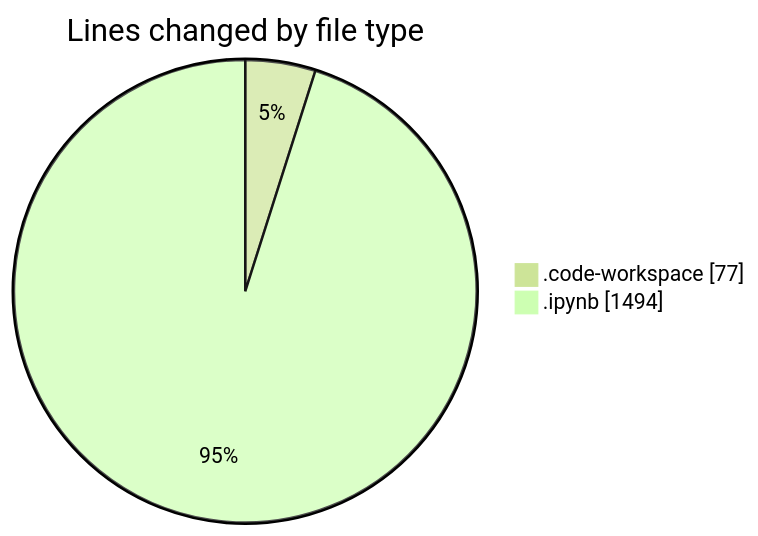
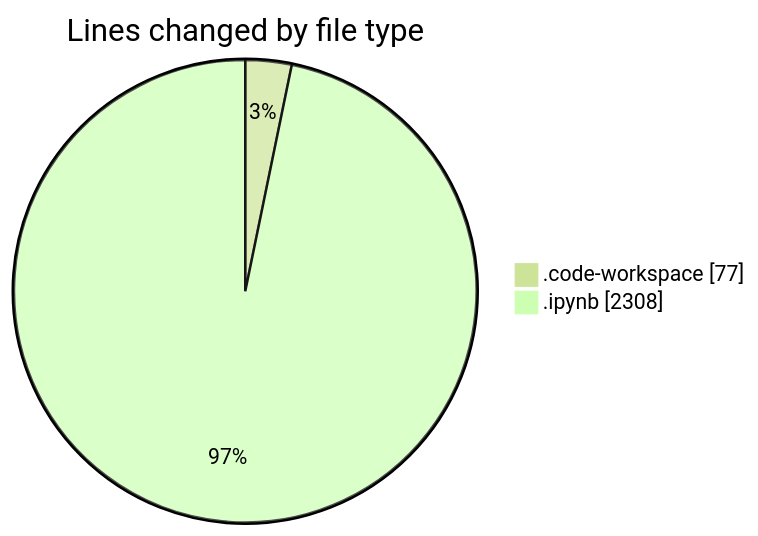
The first of 2 diagrams in 2025-03-14/myws__workspace_/README.md (MatusMokan/code-tracking), drawn with Mermaid (forest theme) before and after one commit. The commit also changed other lines of this file and 1 other file, not shown here.

````diff
--- a/2025-03-14/myws__workspace_/README.md
+++ b/2025-03-14/myws__workspace_/README.md
@@ -21,6 +21,6 @@
 ```mermaid
 pie showData
 title Lines changed by file type
 ".code-workspace" : 77
-".ipynb" : 1494
+".ipynb" : 2308
 ```
````
